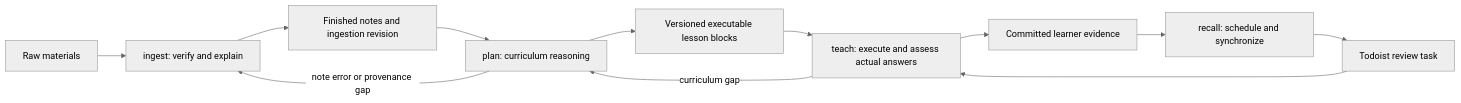
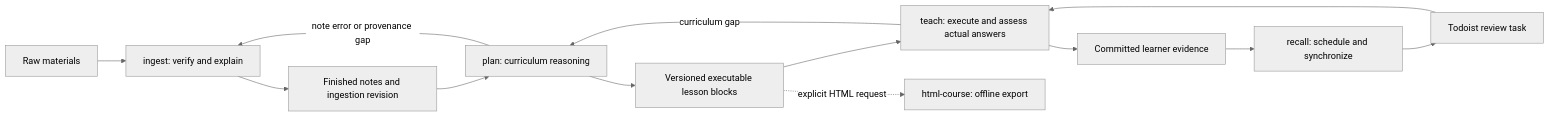
Before and after one commit to SlavomirHoricka/University_notes: the diagram in 03_Agents/plugins/uni-teach/LEARNING_ARCHITECTURE.md, drawn with Mermaid (neutral theme). The commit also changed other lines of this file and 93 other files, not shown here.

````diff
--- a/03_Agents/plugins/uni-teach/LEARNING_ARCHITECTURE.md
+++ b/03_Agents/plugins/uni-teach/LEARNING_ARCHITECTURE.md
@@ -58,14 +59,15 @@
 ```mermaid
 flowchart LR
   M[Raw materials] --> I[ingest: verify and explain]
   I --> N[Finished notes and ingestion revision]
   N --> P[plan: curriculum reasoning]
   P --> C[Versioned executable lesson blocks]
   C --> T[teach: execute and assess actual answers]
+  C -. explicit HTML request .-> H[html-course: offline export]
   T --> E[Committed learner evidence]
   E --> R[recall: schedule and synchronize]
   R --> D[Todoist review task]
   D --> T
   T -->|curriculum gap| P
   P -->|note error or provenance gap| I
 ```
````
